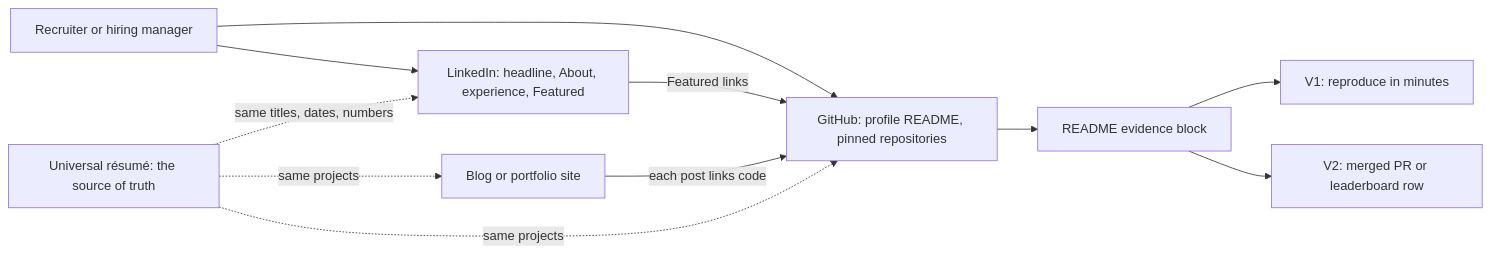
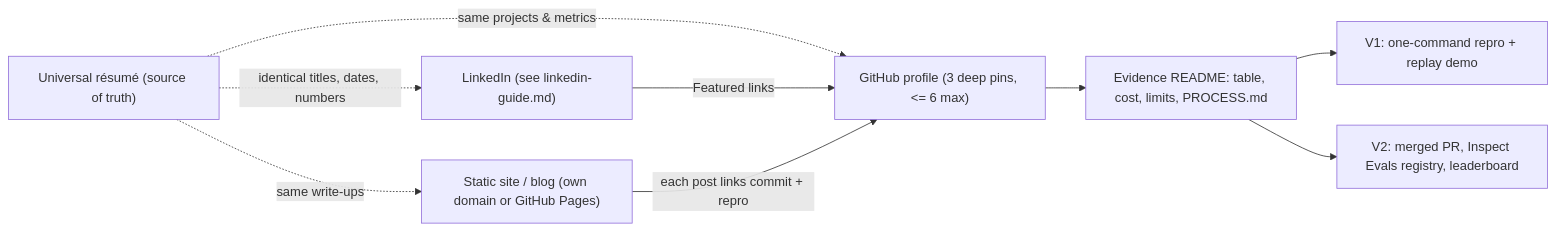
One commit to bhaskarjha-dev/genai-career changed the diagram in career/07-networking/online-presence.md. Above: the diagram before and after it, drawn with Mermaid. The commit also changed other lines of this file and 5 other files, not shown here.

````diff
--- a/career/07-networking/online-presence.md
+++ b/career/07-networking/online-presence.md
@@ -33,13 +33,11 @@
 ```mermaid
 flowchart LR
-    S["Recruiter or hiring manager"] --> L["LinkedIn: headline, About, experience, Featured"]
-    S --> G["GitHub: profile README, pinned repositories"]
+    R["Universal résumé (source of truth)"] -.->|"identical titles, dates, numbers"| L["LinkedIn (see linkedin-guide.md)"]
+    R -.->|"same projects & metrics"| G["GitHub profile (3 deep pins, <= 6 max)"]
+    R -.->|"same write-ups"| W["Static site / blog (own domain or GitHub Pages)"]
     L -->|"Featured links"| G
-    W["Blog or portfolio site"] -->|"each post links code"| G
-    G --> E["README evidence block"]
-    E --> V1["V1: reproduce in minutes"]
-    E --> V2["V2: merged PR or leaderboard row"]
-    R["Universal résumé: the source of truth"] -.->|"same titles, dates, numbers"| L
-    R -.->|"same projects"| G
-    R -.->|"same projects"| W
+    W -->|"each post links commit + repro"| G
+    G --> E["Evidence README: table, cost, limits, PROCESS.md"]
+    E --> V1["V1: one-command repro + replay demo"]
+    E --> V2["V2: merged PR, Inspect Evals registry, leaderboard"]
 ```
````
